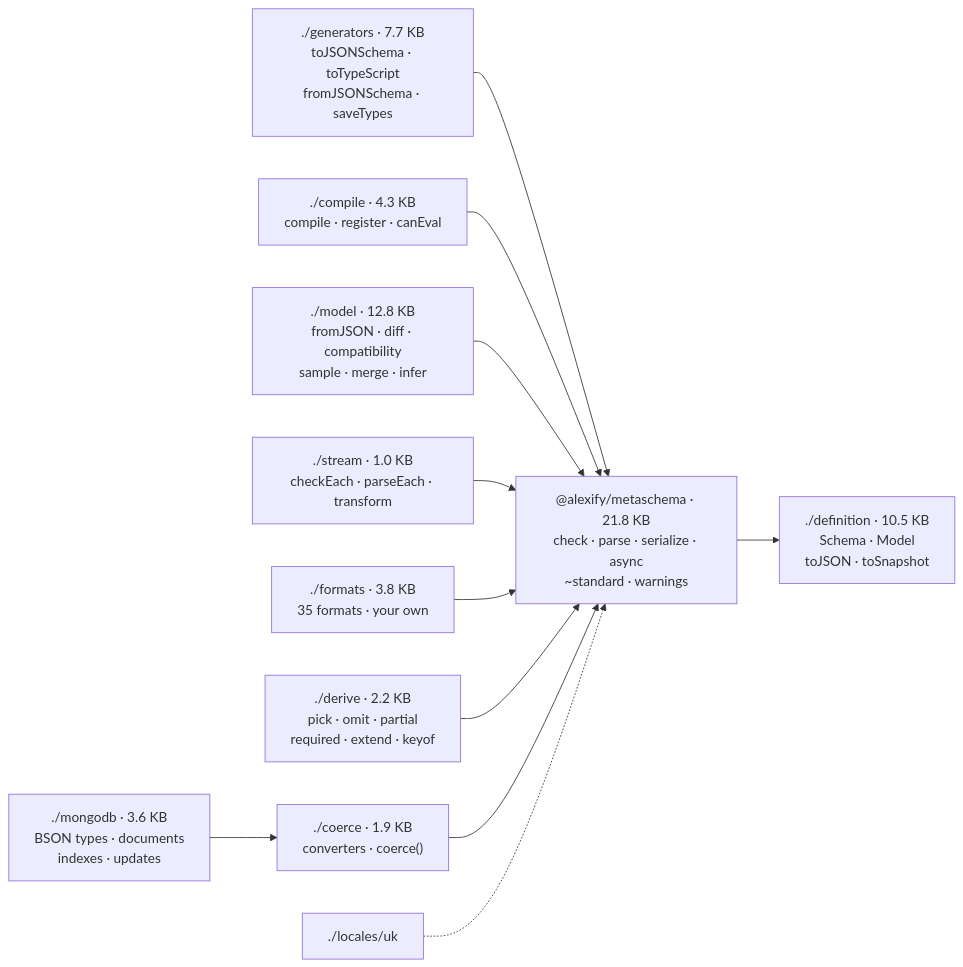
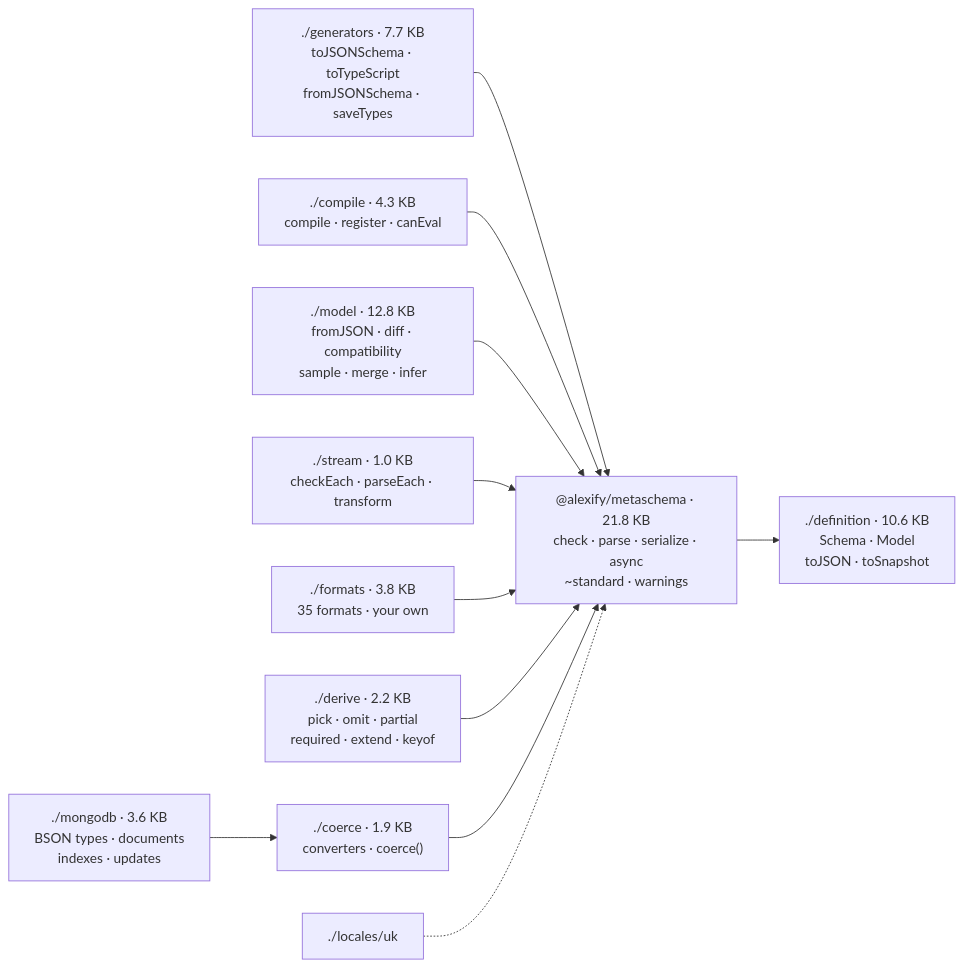
Before and after one commit to Alexis-Technologies/metaschema: the second of 10 diagrams in docs/guide/architecture.md, drawn with Mermaid. The commit also changed other lines of this file and 136 other files, not shown here.

First line of the commit message:
feat!: ALX_ERR_ codes and SchemaUsageError for a wrong call

````diff
--- a/docs/guide/architecture.md
+++ b/docs/guide/architecture.md
@@ -42,14 +42,14 @@
 ```mermaid
 flowchart LR
     GEN["./generators · 7.7 KB<br/>toJSONSchema · toTypeScript<br/>fromJSONSchema · saveTypes"] --> CORE
     COMP["./compile · 4.3 KB<br/>compile · register · canEval"] --> CORE
     MOD["./model · 12.8 KB<br/>fromJSON · diff · compatibility<br/>sample · merge · infer"] --> CORE
     STR["./stream · 1.0 KB<br/>checkEach · parseEach · transform"] --> CORE
     FMT["./formats · 3.8 KB<br/>35 formats · your own"] --> CORE
     DER["./derive · 2.2 KB<br/>pick · omit · partial<br/>required · extend · keyof"] --> CORE
     COE["./coerce · 1.9 KB<br/>converters · coerce()"] --> CORE
     MDB["./mongodb · 3.6 KB<br/>BSON types · documents<br/>indexes · updates"] --> COE
     LOC["./locales/uk"] -.-> CORE
     CORE["@alexify/metaschema · 21.8 KB<br/>check · parse · serialize · async<br/>~standard · warnings"] --> DEFN
-    DEFN["./definition · 10.5 KB<br/>Schema · Model<br/>toJSON · toSnapshot"]
+    DEFN["./definition · 10.6 KB<br/>Schema · Model<br/>toJSON · toSnapshot"]
 ```
````
